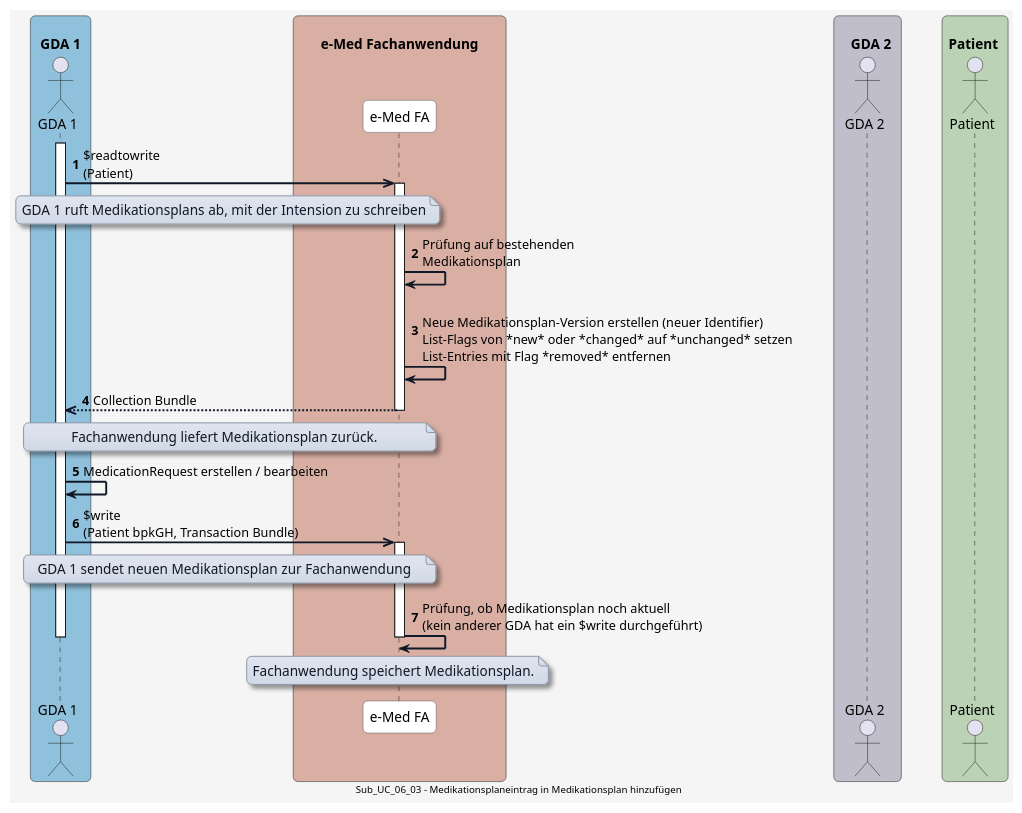
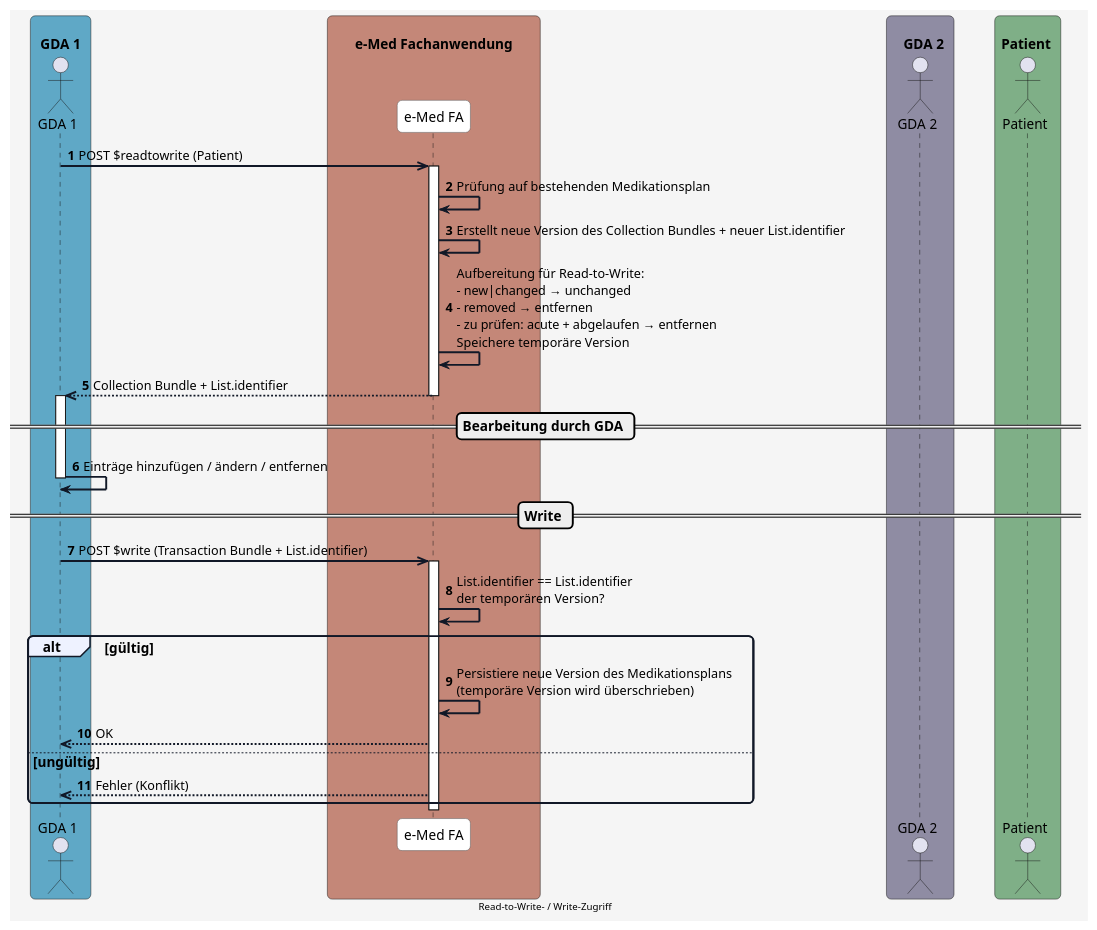
The diagram in input/images-source/diagram_readtowrite.plantuml (HL7Austria/ELGA-e-Medikation-R4), drawn with PlantUML before and after one commit. The commit also changed 6 other files, not shown here.

Commit message:
Adapt diagram

```diff
--- a/input/images-source/diagram_readtowrite.plantuml
+++ b/input/images-source/diagram_readtowrite.plantuml
@@ -1,104 +1,99 @@
 @startuml
 skinparam borderColor #000000
 skinparam backgroundColor #f5f5f5
 skinparam shadowing false
 skinparam roundCorner 10
 skinparam defaultFontName "Arial"
 skinparam defaultFontSize 14
 skinparam defaultFontColor #000000
 
 skinparam note {
   BackgroundColor #e0e5f0-#d1d9e6
   BorderColor #8b95a5
   BorderThickness 1
   RoundCorner 8
   Padding 6
   FontColor #111827
   Shadowing true
 }
 
 skinparam HyperlinkColor #0000EE
 skinparam HyperlinkUnderline false
 
 skinparam sequence {
   ParticipantBorderColor #555555
   ParticipantBackgroundColor #ffffff
   ParticipantFontColor #000000
   ParticipantFontSize 14
   ParticipantPadding 20
   ArrowColor #111827
   ArrowThickness 2
   ArrowFontColor #000000
   ArrowFontSize 13
   GroupBorderColor #111827
-  GroupBackgroundColor #f3f4f6
-  GroupBorderThickness 1
+  GroupBackgroundColor #eef2ff
+  GroupBorderThickness 2
+  GroupFontStyle bold
 }
 
 skinparam BoxPadding 20
 skinparam BoxBorderColor #555555
 
-box "\n  GDA 1  " #90C1DC
+box "\n  GDA 1  " #5FA8C6
   actor GDA_1 as "GDA 1"
 end box
 
-box "\n       e-Med Fachanwendung       " #D9AFA4
+box "\n       e-Med Fachanwendung       " #C48778
   participant eMed_FA as "e-Med FA"
 end box
 
-box "\n    GDA 2  " #C0BECB
+box "\n    GDA 2  " #8F8CA3
   actor GDA_2 as "GDA 2"
 end box
 
-box "\n Patient  " #BBD3B4
+box "\n Patient  " #7FAF87
   actor Patient as "Patient"
 end box
 
+
 autonumber
 
+ 
+
+GDA_1 ->> eMed_FA: POST $readtowrite (Patient)
+
+activate eMed_FA
+eMed_FA -> eMed_FA: Prüfung auf bestehenden Medikationsplan
+eMed_FA -> eMed_FA: Erstellt neue Version des Collection Bundles + neuer List.identifier
+eMed_FA -> eMed_FA: Aufbereitung für Read-to-Write:\n- new|changed → unchanged\n- removed → entfernen\n- zu prüfen: acute + abgelaufen → entfernen\nSpeichere temporäre Version
+
+eMed_FA -->> GDA_1: Collection Bundle + List.identifier
+deactivate eMed_FA
+
+== Bearbeitung durch GDA ==
 
 activate GDA_1
+GDA_1 -> GDA_1: Einträge hinzufügen / ändern / entfernen
+deactivate GDA_1
 
-GDA_1 ->> eMed_FA: $readtowrite\n(Patient)
-note over GDA_1, eMed_FA
-GDA 1 ruft Medikationsplans ab, mit der Intension zu schreiben
-end note
+== Write ==
+
+GDA_1 ->> eMed_FA: POST $write (Transaction Bundle + List.identifier)
 
 activate eMed_FA
-eMed_FA -> eMed_FA: Prüfung auf bestehenden\nMedikationsplan
+eMed_FA -> eMed_FA: List.identifier == List.identifier\nder temporären Version?
 
-eMed_FA -> eMed_FA: \nNeue Medikationsplan-Version erstellen (neuer Identifier)\nList-Flags von *new* oder *changed* auf *unchanged* setzen\nList-Entries mit Flag *removed* entfernen
-
-eMed_FA -->> GDA_1: Collection Bundle
+alt gültig
+  eMed_FA -> eMed_FA: Persistiere neue Version des Medikationsplans\n(temporäre Version wird überschrieben)
+  eMed_FA -->> GDA_1: OK
+else ungültig
+  eMed_FA -->> GDA_1: Fehler (Konflikt)
+end
 
 deactivate eMed_FA
 
-note over GDA_1, eMed_FA
-Fachanwendung liefert Medikationsplan zurück.
-end note
+
+center footer Read-to-Write- / Write-Zugriff
 
 
-GDA_1 -> GDA_1: MedicationRequest erstellen / bearbeiten
-
-GDA_1 ->> eMed_FA: $write\n(Patient bpkGH, Transaction Bundle)
-
-
-note over GDA_1, eMed_FA
-GDA 1 sendet neuen Medikationsplan zur Fachanwendung
-end note
-
-activate eMed_FA
-
-eMed_FA -> eMed_FA: Prüfung, ob Medikationsplan noch aktuell\n(kein anderer GDA hat ein $write durchgeführt)
-
-note over eMed_FA
-Fachanwendung speichert Medikationsplan.
-end note
-
-deactivate eMed_FA
-
-deactivate GDA_1
-
-center footer Sub_UC_06_03 - Medikationsplaneintrag in Medikationsplan hinzufügen
-
 @enduml
```
